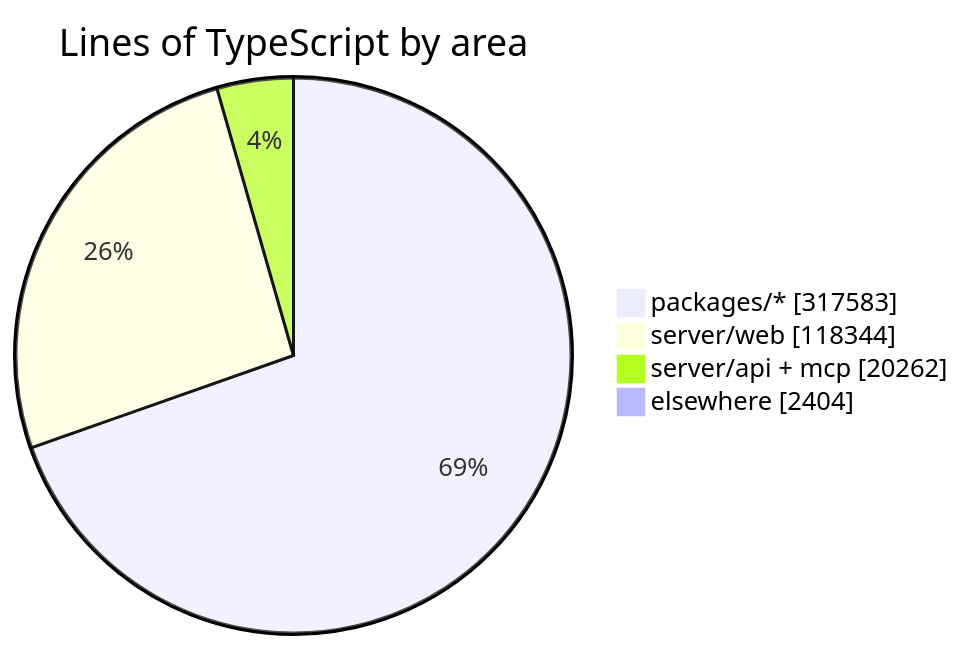
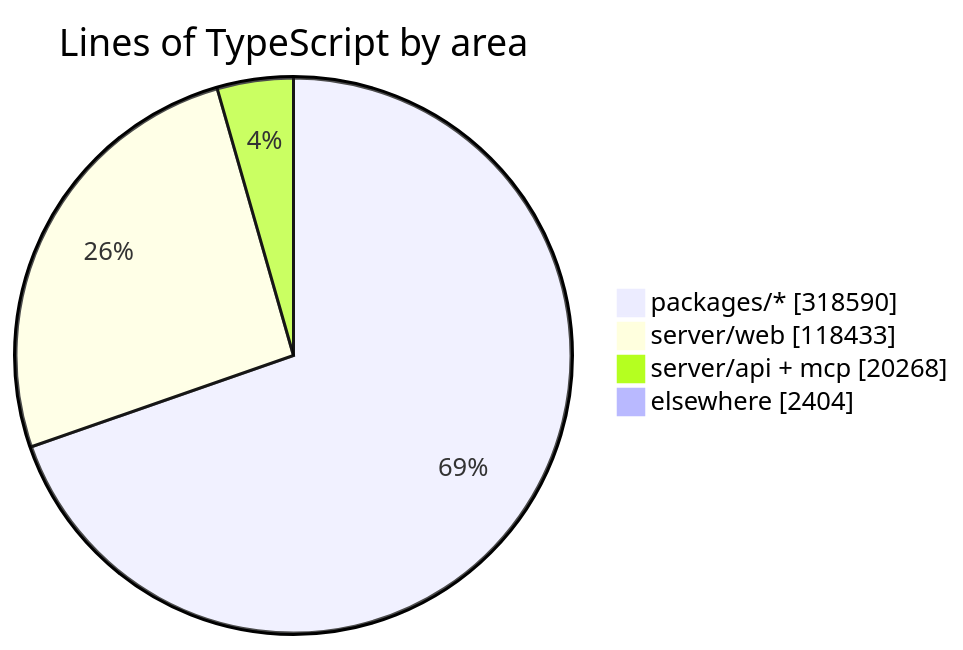
One commit to crossworks-engineering/mantle changed the diagram in README.md. Above: the diagram before and after it, drawn with Mermaid. The commit also changed other lines of this file and 2 other files, not shown here.

````diff
--- a/README.md
+++ b/README.md
@@ -294,7 +294,7 @@
 ```mermaid
 pie showData title Lines of TypeScript by area
-    "packages/*" : 317583
-    "server/web" : 118344
-    "server/api + mcp" : 20262
+    "packages/*" : 318590
+    "server/web" : 118433
+    "server/api + mcp" : 20268
     "elsewhere" : 2404
 ```
````
